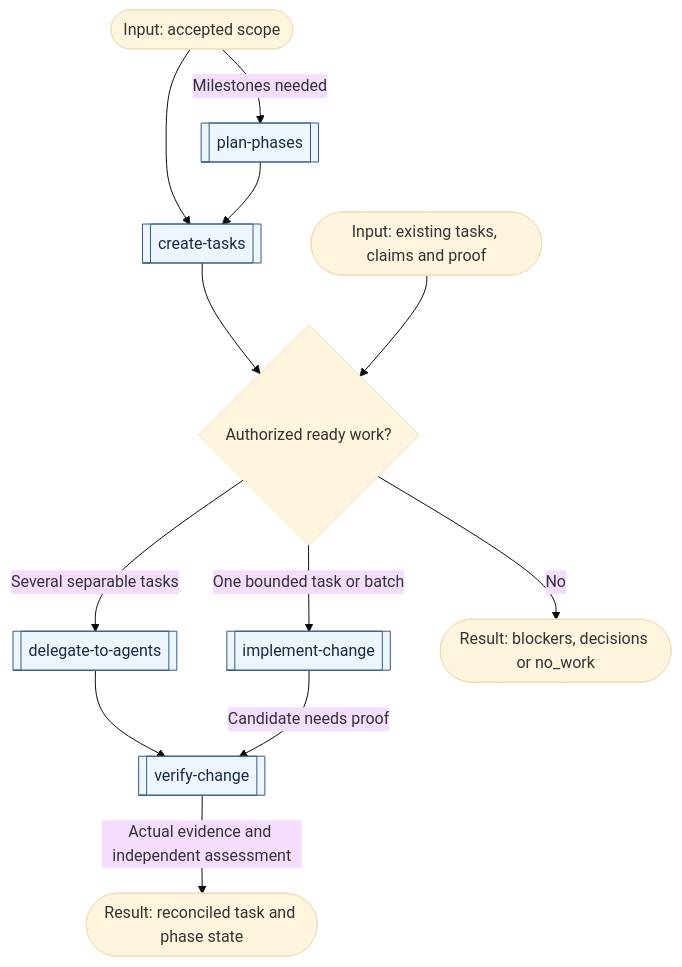
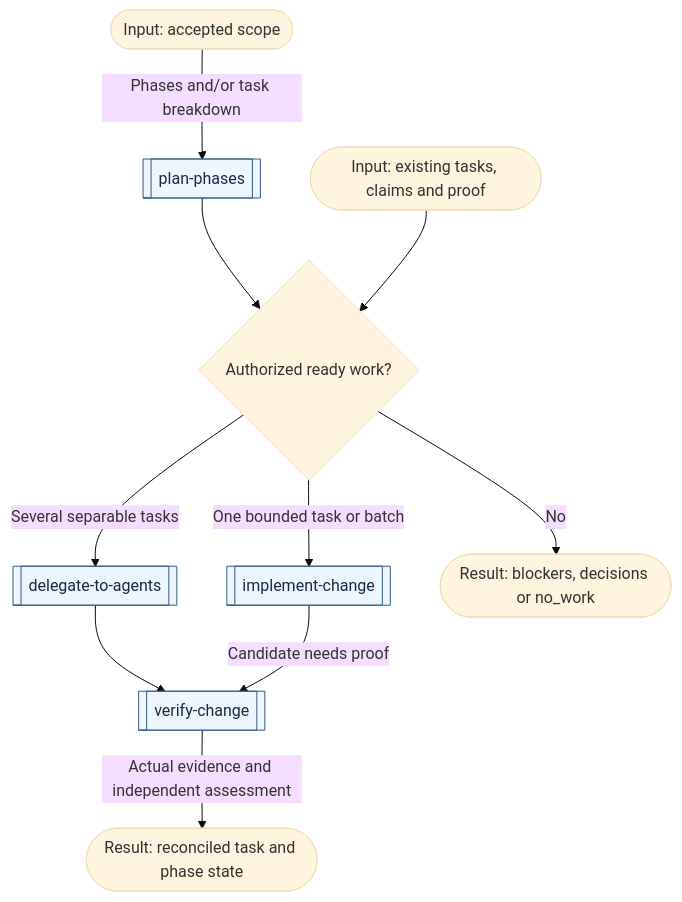
One commit to bobalazek/skills changed the diagram in docs/workflows/productivity.md. Above: the diagram before and after it, drawn with Mermaid (base theme). The commit also changed other lines of this file and 67 other files, not shown here.

````diff
--- a/docs/workflows/productivity.md
+++ b/docs/workflows/productivity.md
@@ -40,16 +40,14 @@
 ```mermaid
 flowchart TD
-  Scope(["Input: accepted scope"]) --> Tasks[["create-tasks"]]
-  Scope -->|Milestones needed| Phases[["plan-phases"]]
-  Phases --> Tasks
-  Tasks --> Ready{"Authorized ready work?"}
+  Scope(["Input: accepted scope"]) -->|"Phases and/or task breakdown"| Phases[["plan-phases"]]
+  Phases --> Ready{"Authorized ready work?"}
   Existing(["Input: existing tasks, claims and proof"]) --> Ready
   Ready -->|Several separable tasks| Delegate[["delegate-to-agents"]]
   Ready -->|One bounded task or batch| Build[["implement-change"]]
   Ready -->|No| Gap(["Result: blockers, decisions or no_work"])
   Delegate --> Verify[["verify-change"]]
   Build -->|Candidate needs proof| Verify
   Verify -->|Actual evidence and independent assessment| State(["Result: reconciled task and phase state"])
   classDef skill fill:#edf5ff,stroke:#355b85,color:#172b42;
-  class Tasks,Phases,Delegate,Build,Verify skill;
+  class Phases,Delegate,Build,Verify skill;
 ```
````
